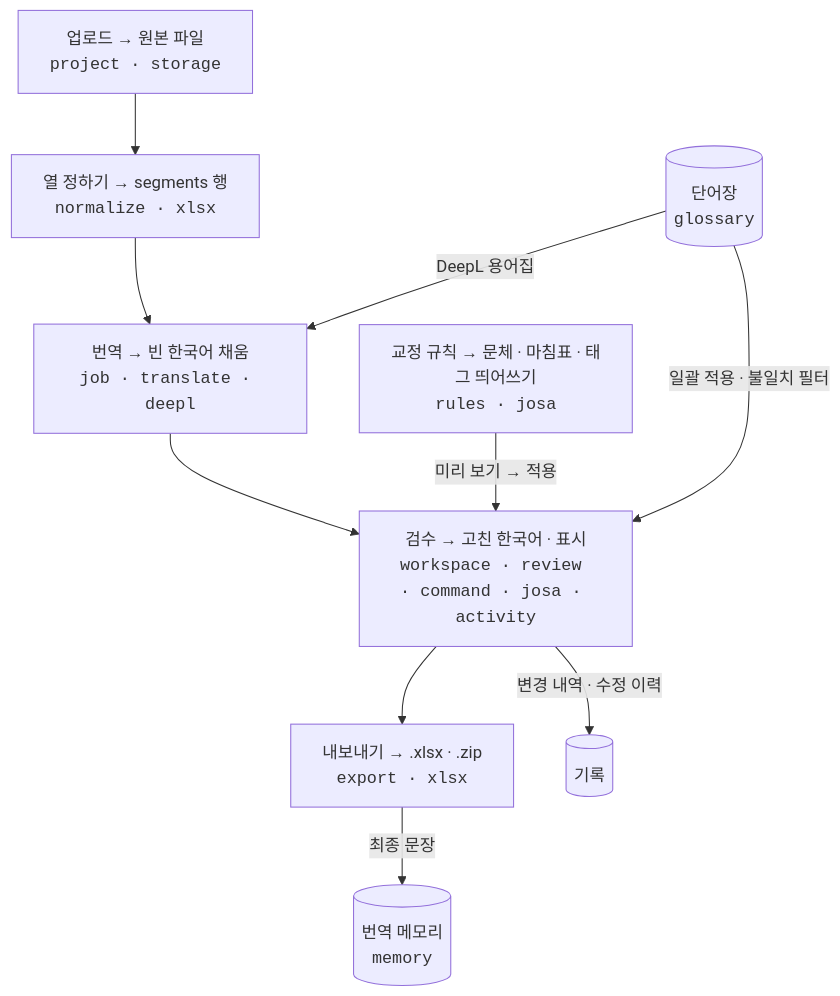
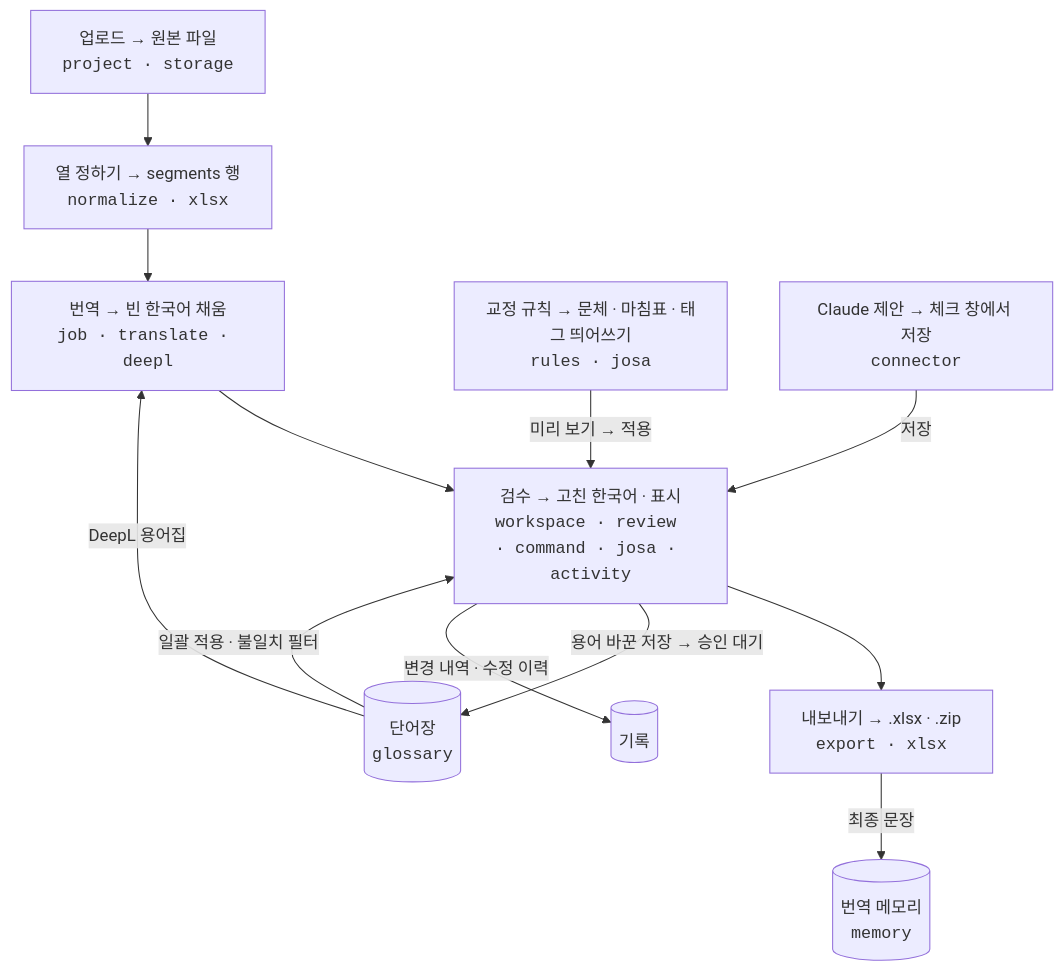
One commit to Hong9915/game_translation changed the third of 3 diagrams in README.md. Above: the diagram before and after it, drawn with Mermaid. The commit also changed other lines of this file and 94 other files, not shown here.

````diff
--- a/README.md
+++ b/README.md
@@ -82,12 +108,14 @@
 ```mermaid
 flowchart TD
   U["업로드 → 원본 파일<br/><code>project · storage</code>"] --> N["열 정하기 → segments 행<br/><code>normalize · xlsx</code>"]
   N --> T["번역 → 빈 한국어 채움<br/><code>job · translate · deepl</code>"]
   T --> R["검수 → 고친 한국어 · 표시<br/><code>workspace · review · command · josa · activity</code>"]
   C["교정 규칙 → 문체 · 마침표 · 태그 띄어쓰기<br/><code>rules · josa</code>"] -->|미리 보기 → 적용| R
+  CL["Claude 제안 → 체크 창에서 저장<br/><code>connector</code>"] -->|저장| R
   R --> E["내보내기 → .xlsx · .zip<br/><code>export · xlsx</code>"]
   G[("단어장<br/><code>glossary</code>")] -->|DeepL 용어집| T
   G -->|일괄 적용 · 불일치 필터| R
+  R -->|용어 바꾼 저장 → 승인 대기| G
   R -->|변경 내역 · 수정 이력| H[("기록")]
   E -->|최종 문장| M[("번역 메모리<br/><code>memory</code>")]
 ```
````
